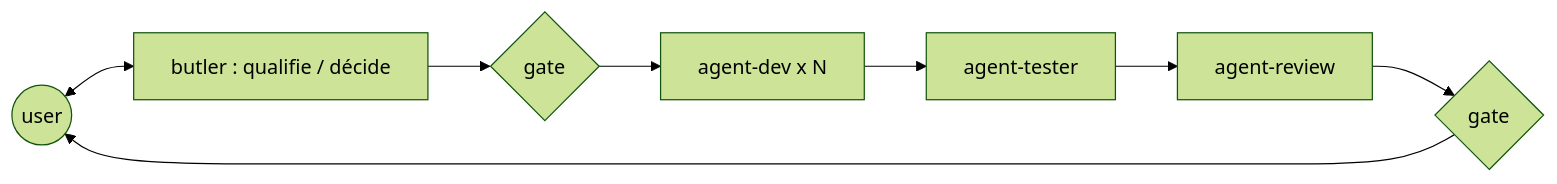
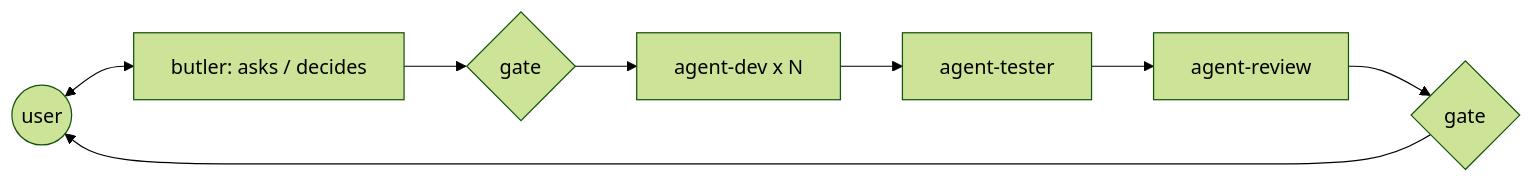
One commit to mbarseConsulting/ai-dev-crew changed the diagram in README.md. Above: the diagram before and after it, drawn with Mermaid (forest theme). The commit also changed other lines of this file and 44 other files, not shown here.

````diff
--- a/README.md
+++ b/README.md
@@ -85,10 +83,10 @@
 ```mermaid
 flowchart LR
-    U((user)) <--> B["butler : qualifie / décide"]
+    U((user)) <--> B["butler: asks / decides"]
     B --> G1{gate}
     G1 --> D["agent-dev x N"]
     D --> T["agent-tester"]
     T --> C["agent-review"]
     C --> G2{gate}
     G2 --> U
 ```
````
